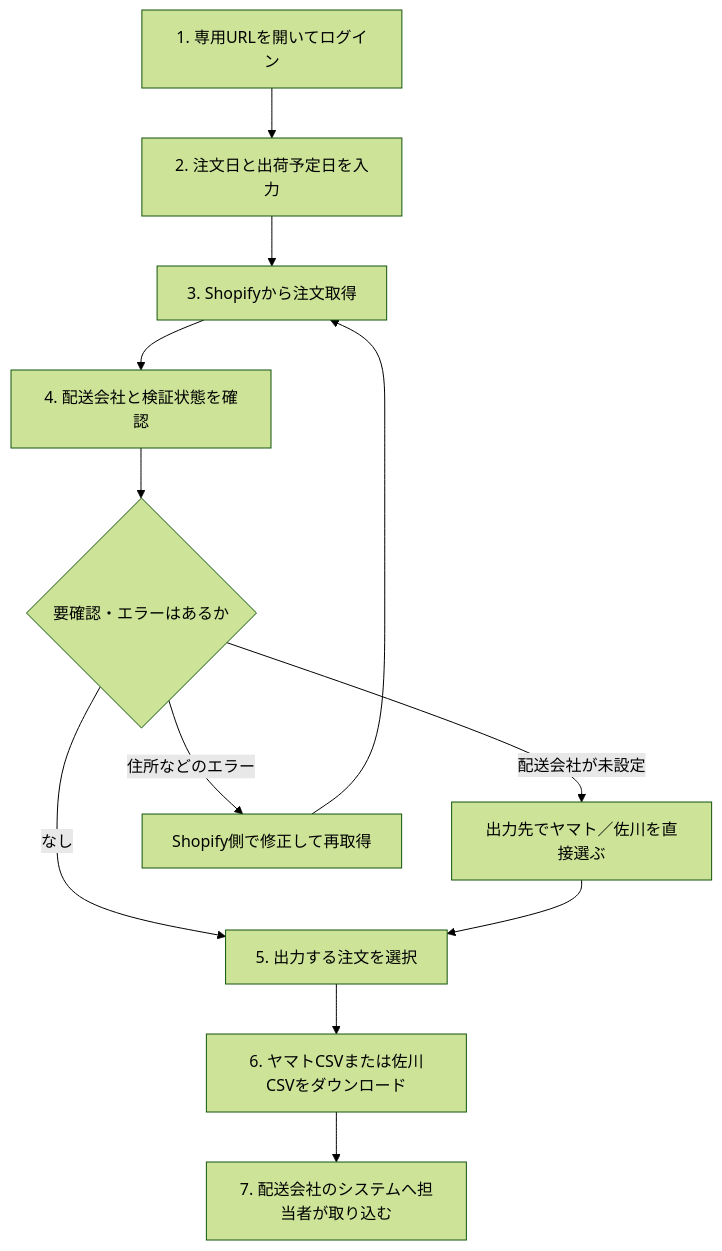
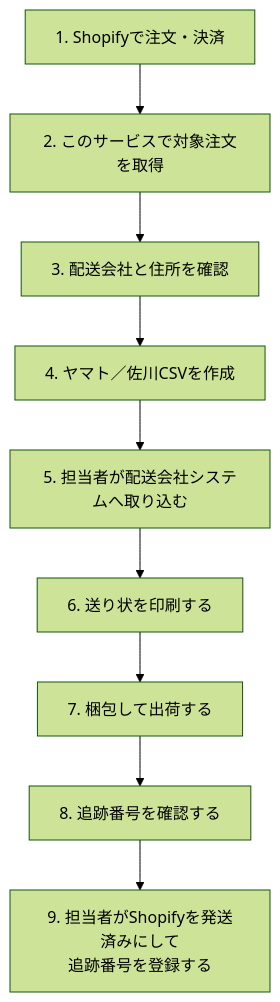
One commit to UNLegume/csv_transfer_for_wakou changed the third of 5 diagrams in README.md. Above: the diagram before and after it, drawn with Mermaid (forest theme). The commit also changed other lines of this file, not shown here.

````diff
--- a/README.md
+++ b/README.md
@@ -50,14 +144,14 @@
 ```mermaid
 flowchart TD
-    A["1. 専用URLを開いてログイン"] --> B["2. 注文日と出荷予定日を入力"]
-    B --> C["3. Shopifyから注文取得"]
-    C --> D["4. 配送会社と検証状態を確認"]
-    D --> E{"要確認・エラーはあるか"}
-    E -->|配送会社が未設定| F["出力先でヤマト／佐川を直接選ぶ"]
-    E -->|住所などのエラー| G["Shopify側で修正して再取得"]
-    E -->|なし| H["5. 出力する注文を選択"]
-    F --> H
-    G --> C
-    H --> I["6. ヤマトCSVまたは佐川CSVをダウンロード"]
-    I --> J["7. 配送会社のシステムへ担当者が取り込む"]
+    A["1. Shopifyで注文・決済"]
+    B["2. このサービスで対象注文を取得"]
+    C["3. 配送会社と住所を確認"]
+    D["4. ヤマト／佐川CSVを作成"]
+    E["5. 担当者が配送会社システムへ取り込む"]
+    F["6. 送り状を印刷する"]
+    G["7. 梱包して出荷する"]
+    H["8. 追跡番号を確認する"]
+    I["9. 担当者がShopifyを発送済みにして<br/>追跡番号を登録する"]
+
+    A --> B --> C --> D --> E --> F --> G --> H --> I
 ```
````
